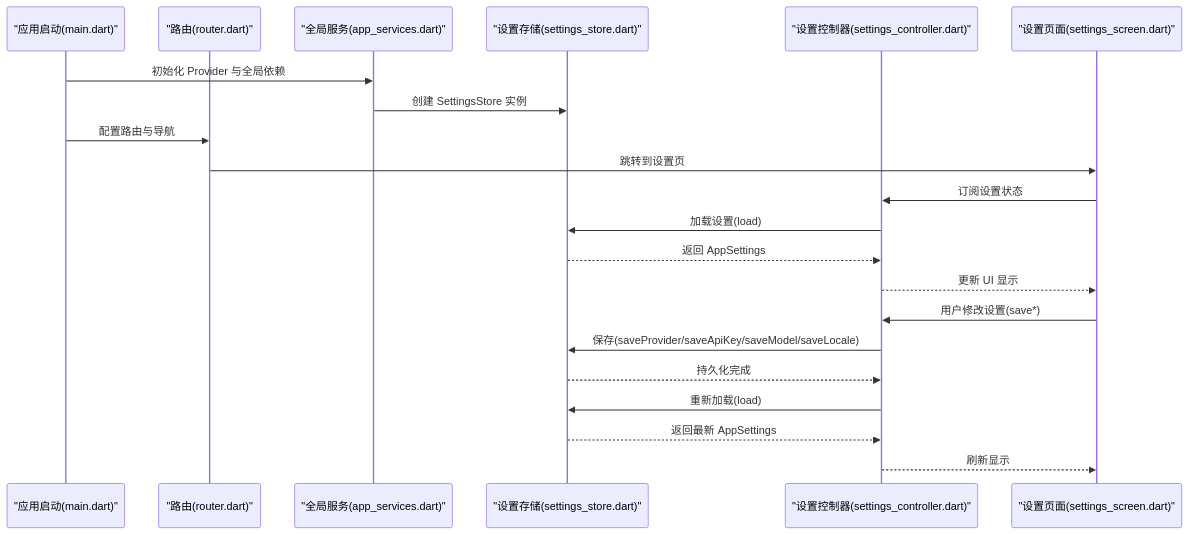
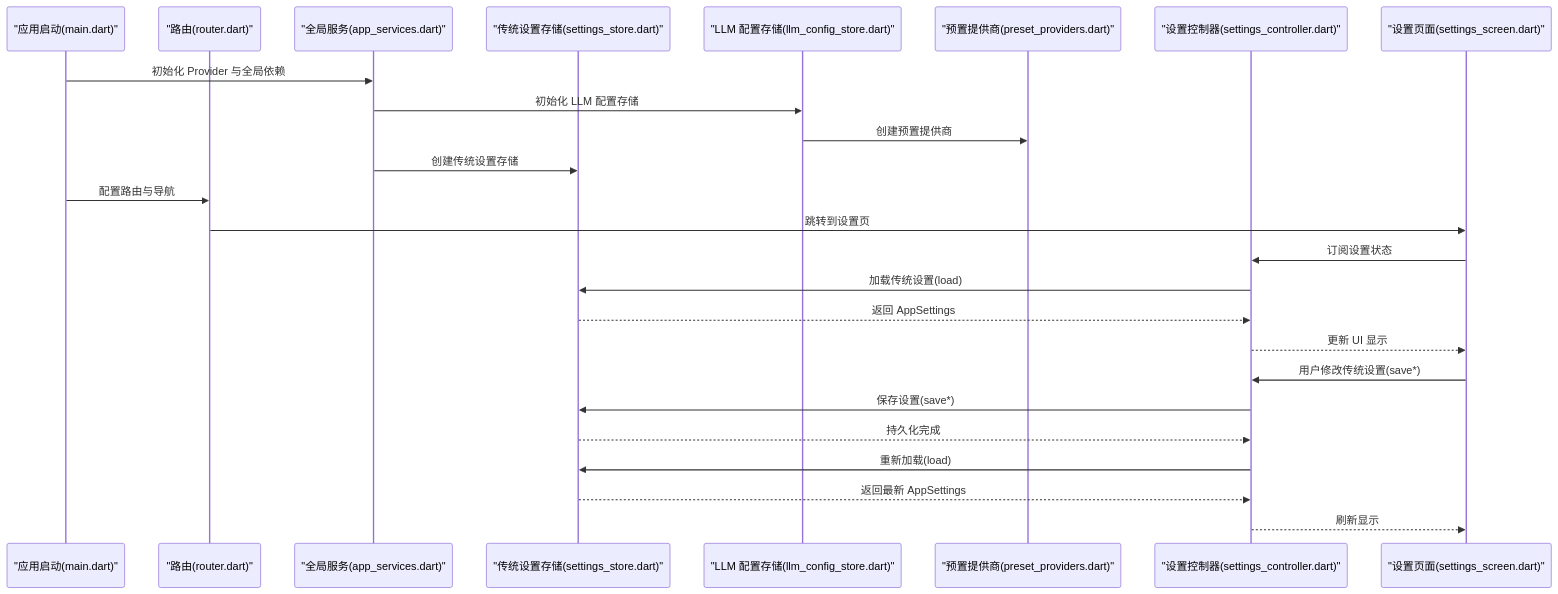
One commit to Ykworm/thktree changed the second of 5 diagrams in .qoder/repowiki/zh/content/核心功能模块/设置管理系统.md. Above: the diagram before and after it, drawn with Mermaid. The commit also changed other lines of this file and 45 other files, not shown here.

````diff
--- a/.qoder/repowiki/zh/content/核心功能模块/设置管理系统.md
+++ b/.qoder/repowiki/zh/content/核心功能模块/设置管理系统.md
@@ -101,23 +138,27 @@
 ```mermaid
 sequenceDiagram
 participant App as "应用启动(main.dart)"
 participant Router as "路由(router.dart)"
 participant Services as "全局服务(app_services.dart)"
-participant Store as "设置存储(settings_store.dart)"
+participant LegacyStore as "传统设置存储(settings_store.dart)"
+participant ConfigStore as "LLM 配置存储(llm_config_store.dart)"
+participant Preset as "预置提供商(preset_providers.dart)"
 participant Ctrl as "设置控制器(settings_controller.dart)"
 participant UI as "设置页面(settings_screen.dart)"
 App->>Services : 初始化 Provider 与全局依赖
-Services->>Store : 创建 SettingsStore 实例
+Services->>ConfigStore : 初始化 LLM 配置存储
+ConfigStore->>Preset : 创建预置提供商
+Services->>LegacyStore : 创建传统设置存储
 App->>Router : 配置路由与导航
 Router->>UI : 跳转到设置页
 UI->>Ctrl : 订阅设置状态
-Ctrl->>Store : 加载设置(load)
-Store-->>Ctrl : 返回 AppSettings
+Ctrl->>LegacyStore : 加载传统设置(load)
+LegacyStore-->>Ctrl : 返回 AppSettings
 Ctrl-->>UI : 更新 UI 显示
-UI->>Ctrl : 用户修改设置(save*)
-Ctrl->>Store : 保存(saveProvider/saveApiKey/saveModel/saveLocale)
-Store-->>Ctrl : 持久化完成
-Ctrl->>Store : 重新加载(load)
-Store-->>Ctrl : 返回最新 AppSettings
+UI->>Ctrl : 用户修改传统设置(save*)
+Ctrl->>LegacyStore : 保存设置(save*)
+LegacyStore-->>Ctrl : 持久化完成
+Ctrl->>LegacyStore : 重新加载(load)
+LegacyStore-->>Ctrl : 返回最新 AppSettings
 Ctrl-->>UI : 刷新显示
 ```
````
